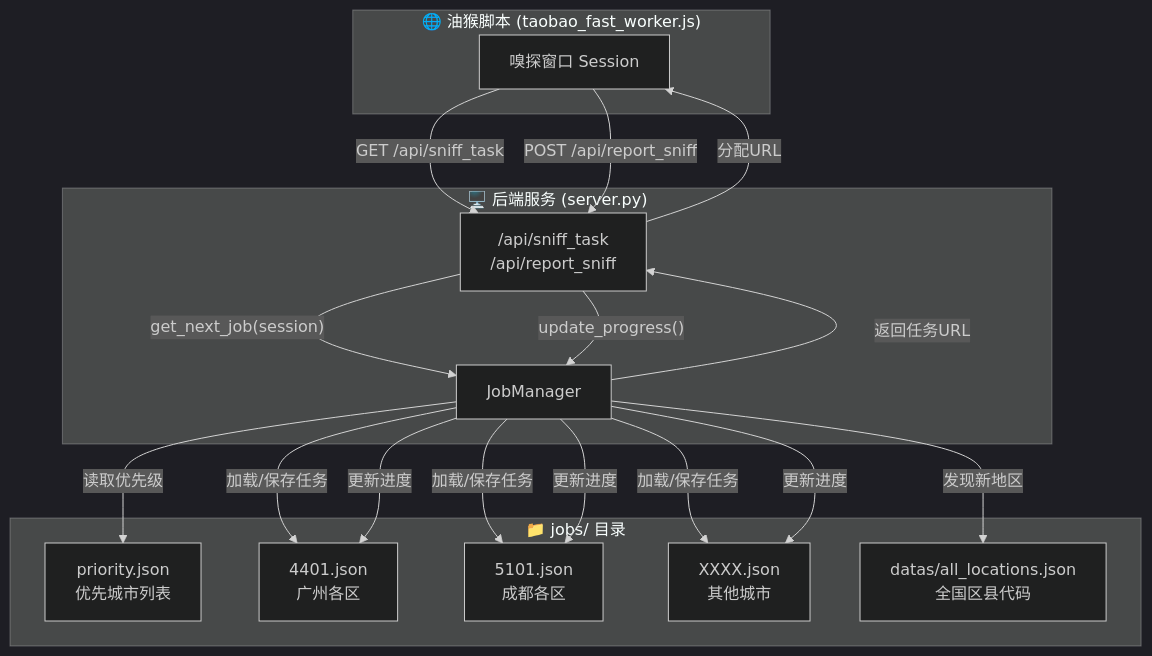
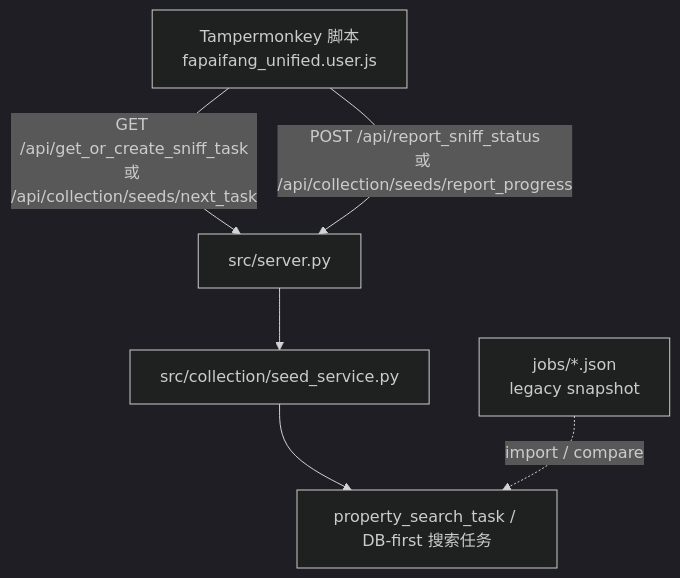
One commit to aiaimimi0920/dieleme changed the diagram in jobs/README.md. Above: the diagram before and after it, drawn with Mermaid (dark theme). The commit also changed other lines of this file and 5 other files, not shown here.

Commit message:
Document legacy job imports and AVM predict client

````diff
--- a/jobs/README.md
+++ b/jobs/README.md
@@ -5,31 +20,14 @@
 ```mermaid
-graph TB
-    subgraph 前端["🌐 油猴脚本 (taobao_fast_worker.js)"]
-        SW["嗅探窗口 Session"]
-    end
+graph TD
+    TM["Tampermonkey 脚本<br/>fapaifang_unified.user.js"]
+    API["src/server.py"]
+    SEED["src/collection/seed_service.py"]
+    DB["property_search_task / DB-first 搜索任务"]
+    JOBS["jobs/*.json<br/>legacy snapshot"]
 
-    subgraph 后端["🖥️ 后端服务 (server.py)"]
-        API["/api/sniff_task<br>/api/report_sniff"]
-        JM["JobManager"]
-    end
-
-    subgraph 存储["📁 jobs/ 目录"]
-        PRI["priority.json<br>优先城市列表"]
-        JF1["4401.json<br>广州各区"]
-        JF2["5101.json<br>成都各区"]
-        JFN["XXXX.json<br>其他城市"]
-        LOC["datas/all_locations.json<br>全国区县代码"]
-    end
-
-    SW -- "GET /api/sniff_task" --> API
-    API -- "get_next_job(session)" --> JM
-    JM -- "读取优先级" --> PRI
-    JM -- "加载/保存任务" --> JF1 & JF2 & JFN
-    JM -- "发现新地区" --> LOC
-    JM -- "返回任务URL" --> API
-    API -- "分配URL" --> SW
-
-    SW -- "POST /api/report_sniff" --> API
-    API -- "update_progress()" --> JM
-    JM -- "更新进度" --> JF1 & JF2 & JFN
+    TM -->|"GET /api/get_or_create_sniff_task<br/>或 /api/collection/seeds/next_task"| API
+    TM -->|"POST /api/report_sniff_status<br/>或 /api/collection/seeds/report_progress"| API
+    API --> SEED
+    SEED --> DB
+    JOBS -. import / compare .-> DB
 ```
````
